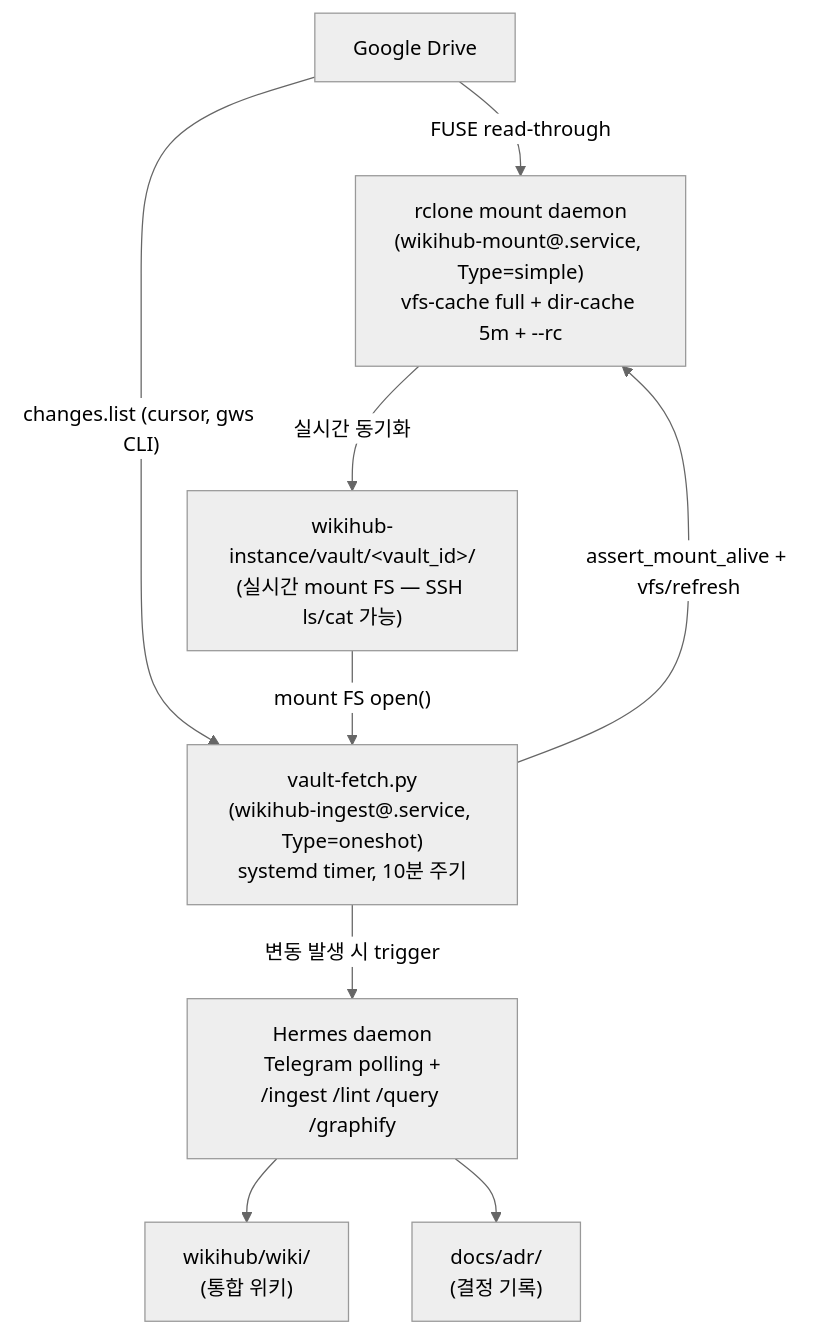
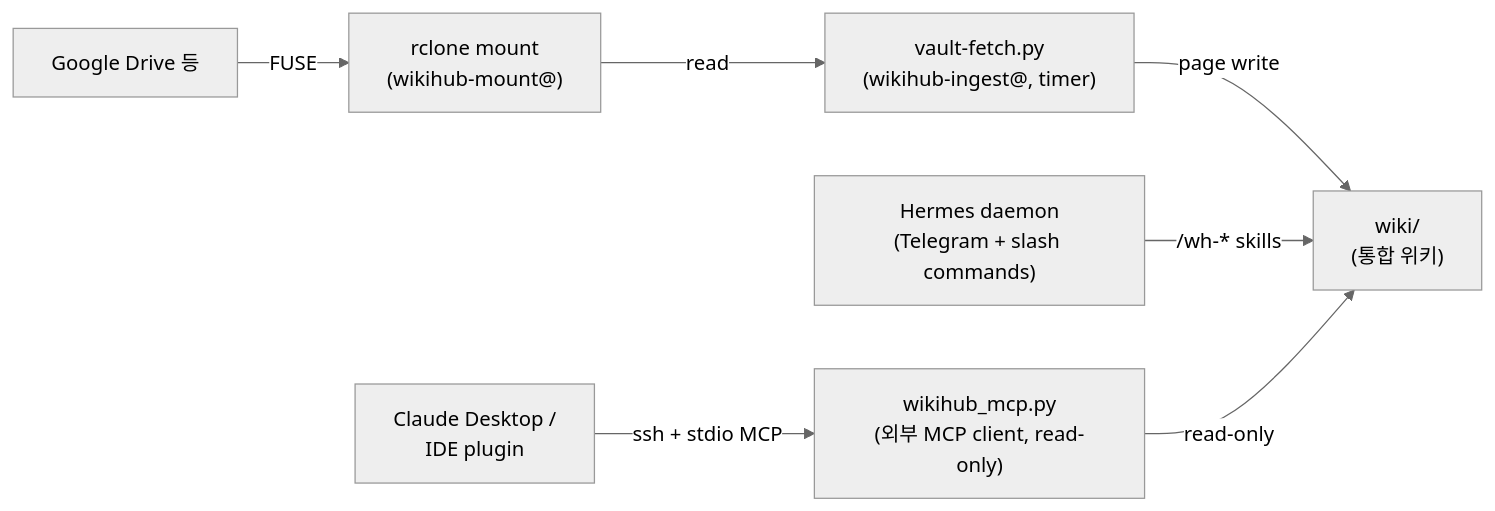
One commit to im-dongseon/wikihub changed the diagram in README.md. Above: the diagram before and after it, drawn with Mermaid (neutral theme). The commit also changed other lines of this file and 2 other files, not shown here.

First line of the commit message:
docs(issue-103): README 사용자 중심 재작성 + docs/changelog · docs/roadmap 신설 (#105)

````diff
--- a/README.md
+++ b/README.md
@@ -60,19 +167,17 @@
 ```mermaid
-flowchart TD
-    GDrive["Google Drive"]
-    Mount["rclone mount daemon<br/>(wikihub-mount@.service, Type=simple)<br/>vfs-cache full + dir-cache 5m + --rc"]
-    Vault["wikihub-instance/vault/&lt;vault_id&gt;/<br/>(실시간 mount FS — SSH ls/cat 가능)"]
-    Sync["vault-fetch.py<br/>(wikihub-ingest@.service, Type=oneshot)<br/>systemd timer, 10분 주기"]
-    Hermes["Hermes daemon<br/>Telegram polling +<br/>/ingest /lint /query /graphify"]
-    Wiki["wikihub/wiki/<br/>(통합 위키)"]
-    ADR["docs/adr/<br/>(결정 기록)"]
+flowchart LR
+    GDrive["Google Drive 등"]
+    Mount["rclone mount<br/>(wikihub-mount@)"]
+    Sync["vault-fetch.py<br/>(wikihub-ingest@, timer)"]
+    Hermes["Hermes daemon<br/>(Telegram + slash commands)"]
+    Wiki["wiki/<br/>(통합 위키)"]
+    MCP["wikihub_mcp.py<br/>(외부 MCP client, read-only)"]
+    Client["Claude Desktop /<br/>IDE plugin"]
 
-    GDrive -->|"FUSE read-through"| Mount
-    Mount -->|"실시간 동기화"| Vault
-    GDrive -->|"changes.list (cursor, gws CLI)"| Sync
-    Sync -->|"assert_mount_alive + vfs/refresh"| Mount
-    Vault -->|"mount FS open()"| Sync
-    Sync -->|"변동 발생 시 trigger"| Hermes
-    Hermes --> Wiki
-    Hermes --> ADR
+    GDrive -->|FUSE| Mount
+    Mount -->|read| Sync
+    Sync -->|page write| Wiki
+    Hermes -->|/wh-* skills| Wiki
+    Client -->|ssh + stdio MCP| MCP
+    MCP -->|read-only| Wiki
 ```
````
